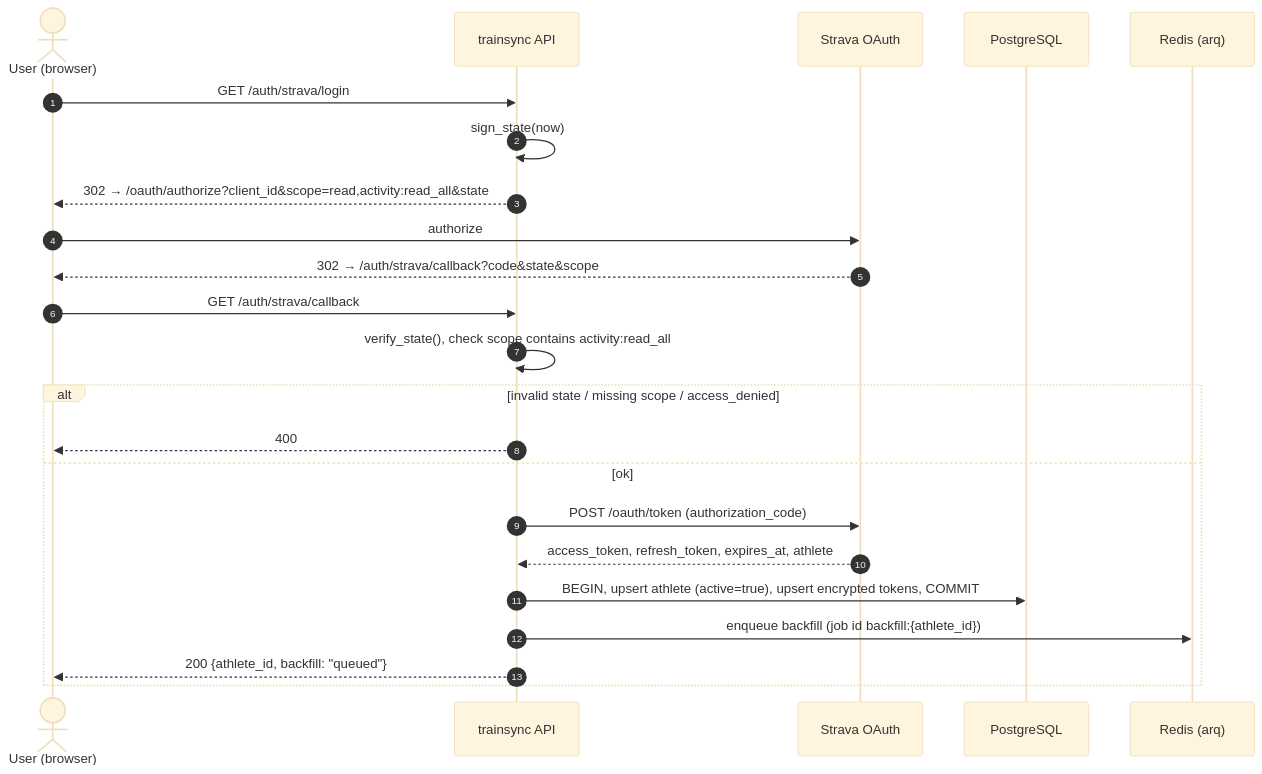
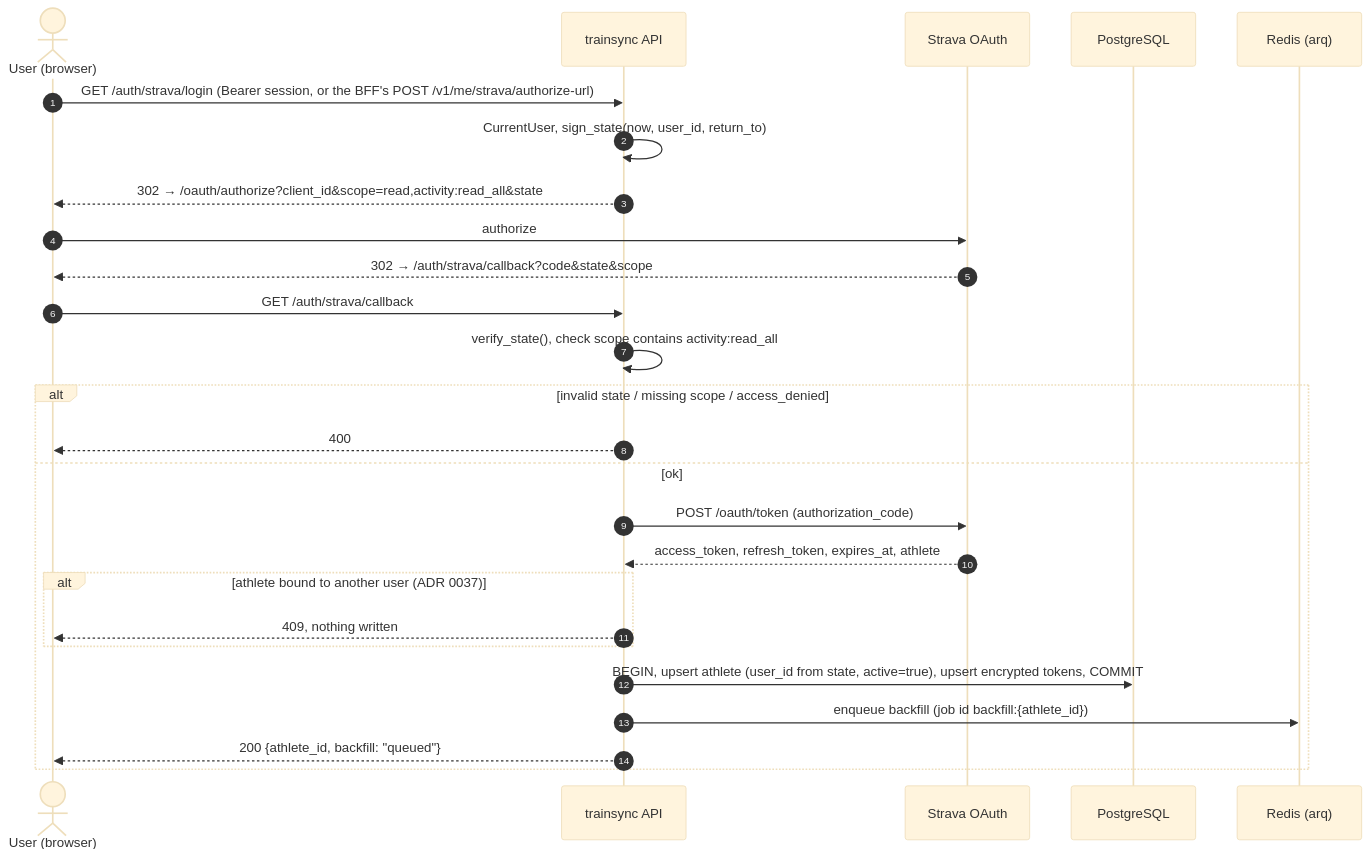
The seventh of 34 diagrams in docs/diagrams.md (umutaydins/trainsync), drawn with Mermaid (base theme) before and after one commit. The commit also changed other lines of this file and 8 other files, not shown here.

Commit message:
P8.8 docs: accounts, Telegram linking, auth modes, tenancy data model, diagrams (ER, components, sign-up/login and /link sequences), env tables, Strava athlete capacity, layout; the bot links on the dashboard's /start CODE deep link

````diff
--- a/docs/diagrams.md
+++ b/docs/diagrams.md
@@ -709,26 +844,29 @@
 ```mermaid
 sequenceDiagram
     autonumber
     actor U as User (browser)
     participant API as trainsync API
     participant S as Strava OAuth
     participant DB as PostgreSQL
     participant Q as Redis (arq)
 
-    U->>API: GET /auth/strava/login
-    API->>API: sign_state(now)
+    U->>API: GET /auth/strava/login (Bearer session, or the BFF's POST /v1/me/strava/authorize-url)
+    API->>API: CurrentUser, sign_state(now, user_id, return_to)
     API-->>U: 302 → /oauth/authorize?client_id&scope=read,activity:read_all&state
     U->>S: authorize
     S-->>U: 302 → /auth/strava/callback?code&state&scope
     U->>API: GET /auth/strava/callback
     API->>API: verify_state(), check scope contains activity:read_all
     alt invalid state / missing scope / access_denied
         API-->>U: 400
     else ok
         API->>S: POST /oauth/token (authorization_code)
         S-->>API: access_token, refresh_token, expires_at, athlete
-        API->>DB: BEGIN, upsert athlete (active=true), upsert encrypted tokens, COMMIT
+        alt athlete bound to another user (ADR 0037)
+            API-->>U: 409, nothing written
+        end
+        API->>DB: BEGIN, upsert athlete (user_id from state, active=true), upsert encrypted tokens, COMMIT
         API->>Q: enqueue backfill (job id backfill:{athlete_id})
         API-->>U: 200 {athlete_id, backfill: "queued"}
     end
 ```
````
